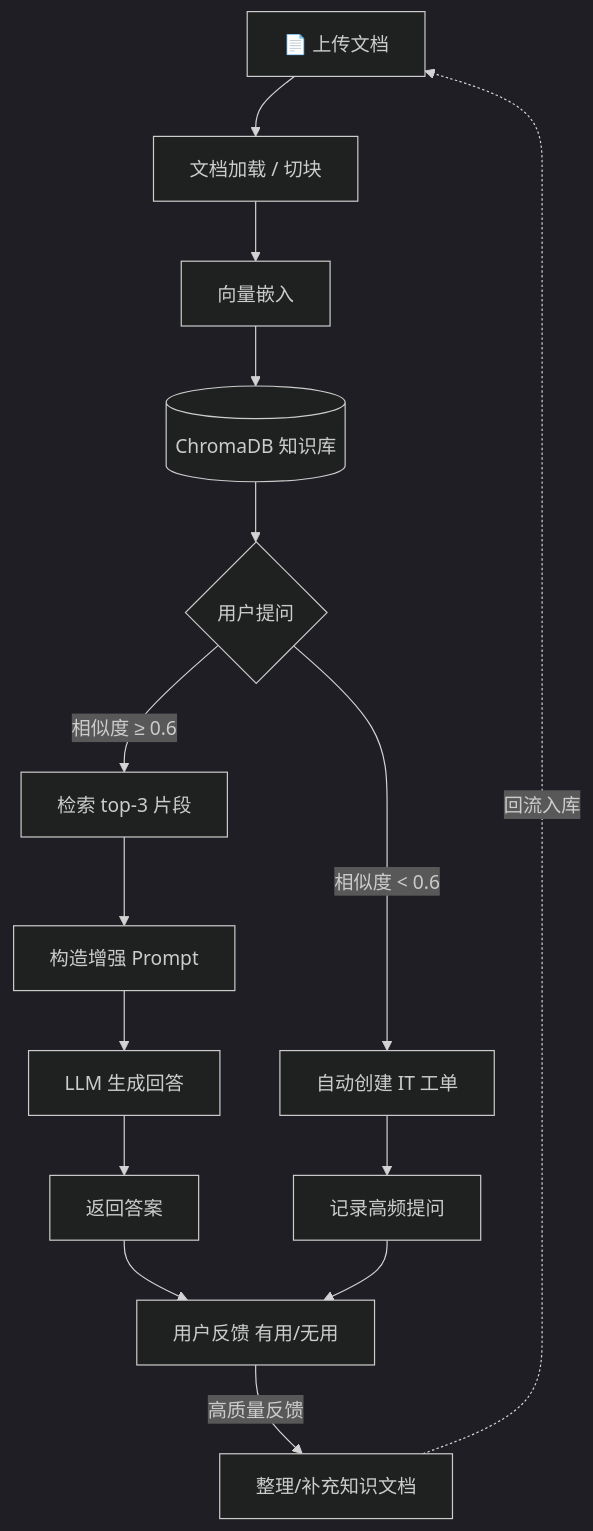
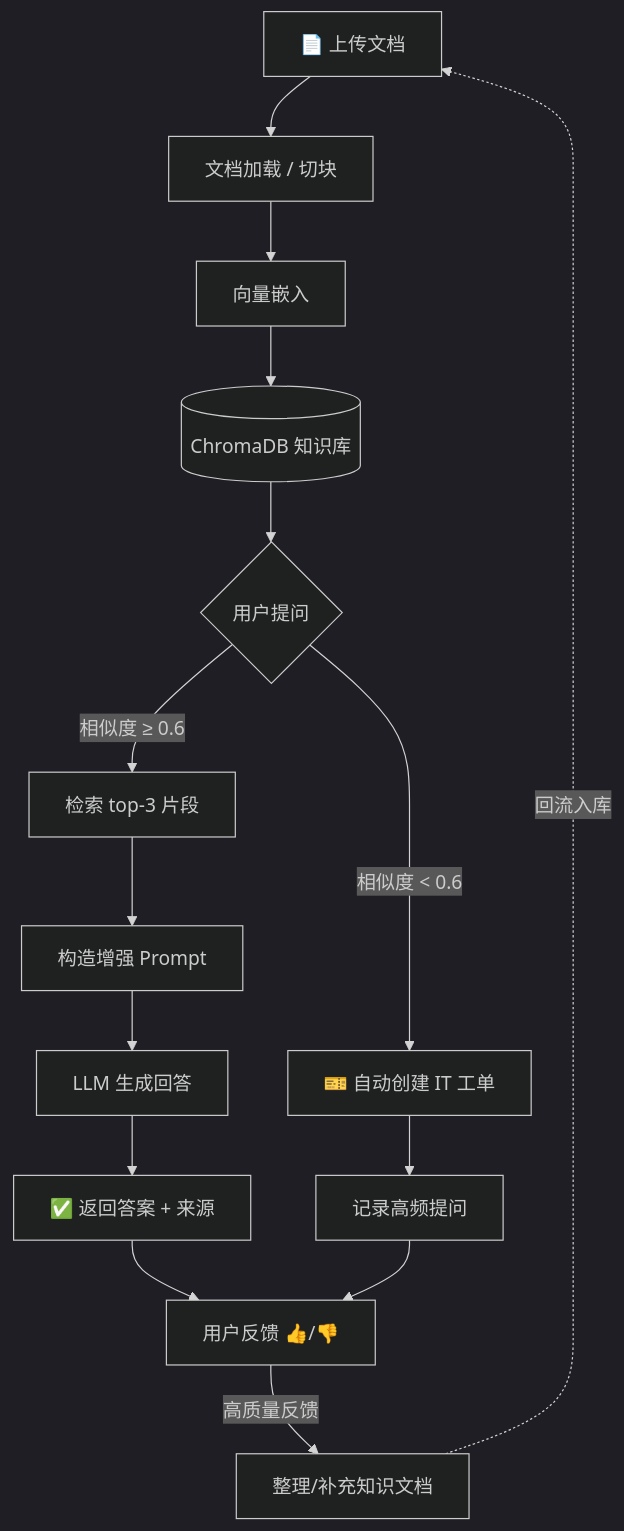
Before and after one commit to 2442511245/Fast-API-IT-Assistant: the second of 6 diagrams in README.md, drawn with Mermaid (dark theme). The commit also changed other lines of this file, not shown here.

Commit message:
docs: rewrite README with project highlights, security, testing, and updated architecture

````diff
--- a/README.md
+++ b/README.md
@@ -53,21 +89,21 @@
 ```mermaid
 graph TB
     A[📄 上传文档] --> B[文档加载 / 切块]
     B --> C[向量嵌入]
     C --> D[(ChromaDB 知识库)]
 
     D --> E{用户提问}
     E -->|相似度 ≥ 0.6| F[检索 top-3 片段]
     F --> G[构造增强 Prompt]
     G --> H[LLM 生成回答]
-    H --> I[返回答案]
+    H --> I[✅ 返回答案 + 来源]
 
-    E -->|相似度 < 0.6| J[自动创建 IT 工单]
+    E -->|相似度 < 0.6| J[🎫 自动创建 IT 工单]
     J --> K[记录高频提问]
 
-    I --> L[用户反馈 有用/无用]
+    I --> L[用户反馈 👍/👎]
     K --> L
 
     L -->|高质量反馈| M[整理/补充知识文档]
     M -.->|回流入库| A
 ```
````
